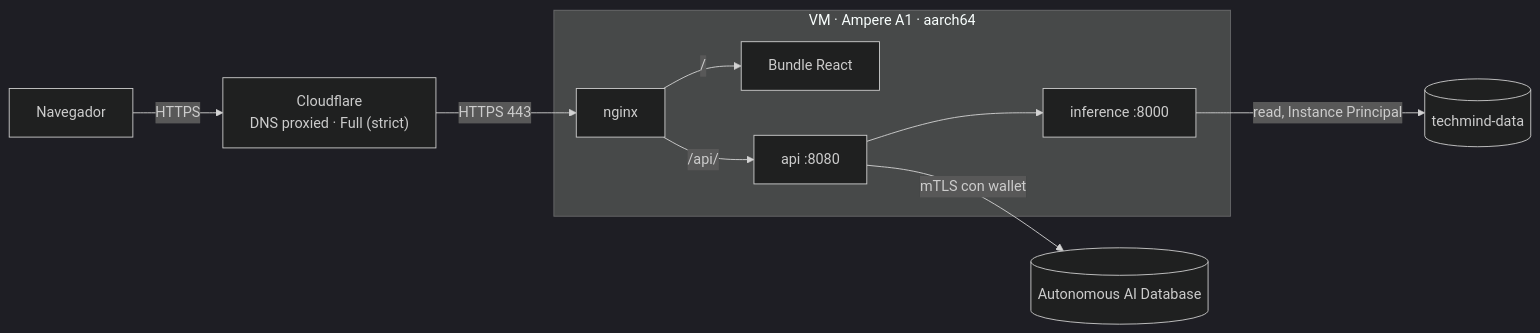
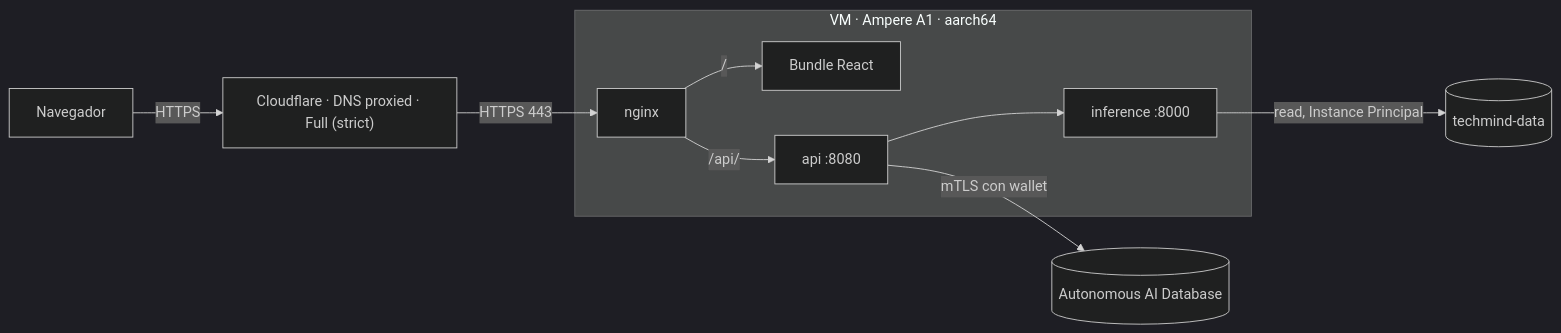
The first of 2 diagrams in docs/INFRASTRUCTURE.md (No-Country-simulation/G9-LATAM-Team-58), drawn with Mermaid (dark theme) before and after one commit. The commit also changed other lines of this file and 10 other files, not shown here.

````diff
--- a/docs/INFRASTRUCTURE.md
+++ b/docs/INFRASTRUCTURE.md
@@ -18,14 +18,14 @@
 ```mermaid
 flowchart LR
-    B["Navegador"] -->|HTTPS| CF["Cloudflare<br/>DNS proxied · Full (strict)"]
+    B["Navegador"] -->|HTTPS| CF["Cloudflare · DNS proxied · Full (strict)"]
     CF -->|HTTPS 443| NG["nginx"]
 
     subgraph VM ["VM · Ampere A1 · aarch64"]
         NG -->|"/"| SPA["Bundle React"]
         NG -->|"/api/"| API["api :8080"]
         API --> INF["inference :8000"]
     end
 
     API -->|mTLS con wallet| DB[("Autonomous AI Database")]
     INF -->|"read, Instance Principal"| OS[("techmind-data")]
 ```
````
